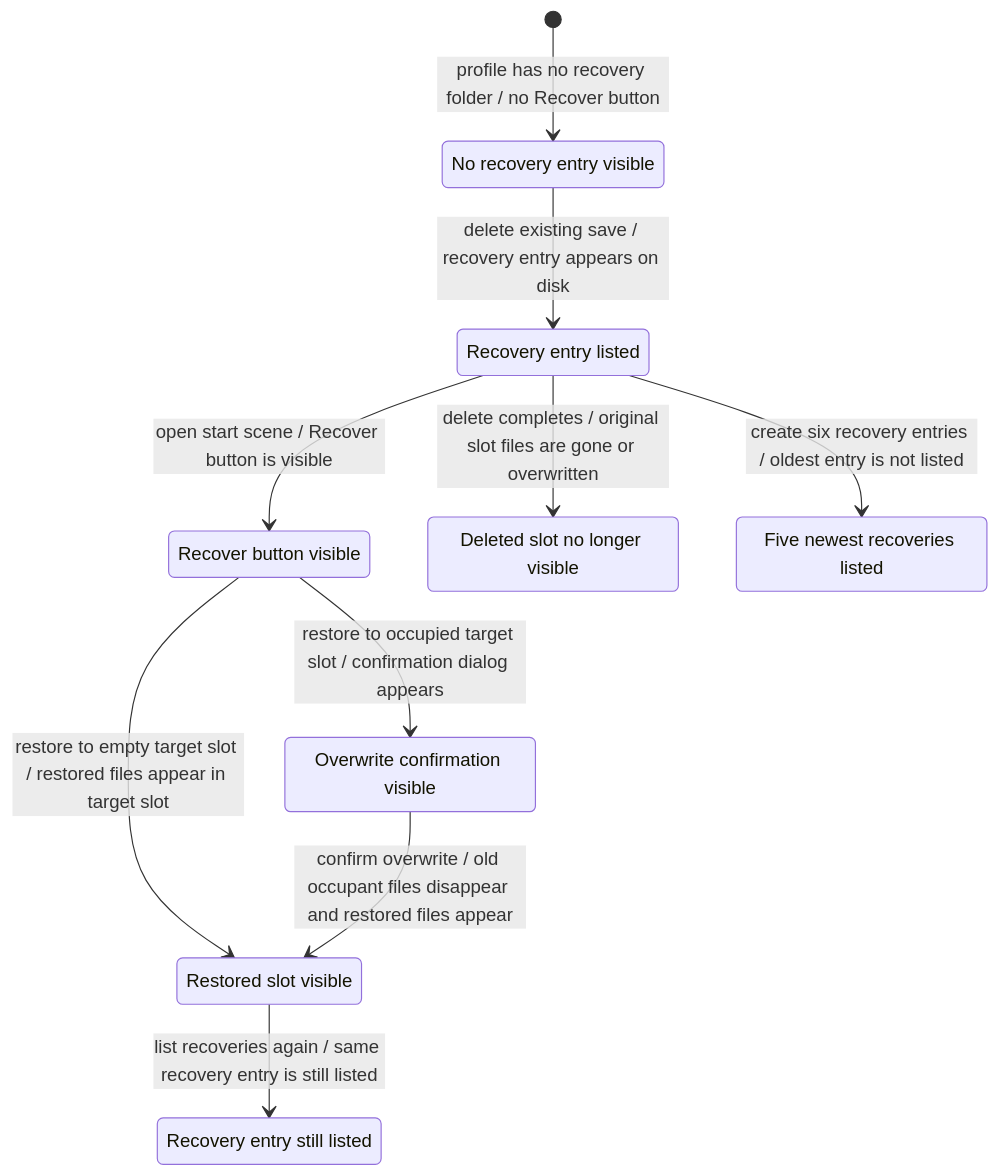
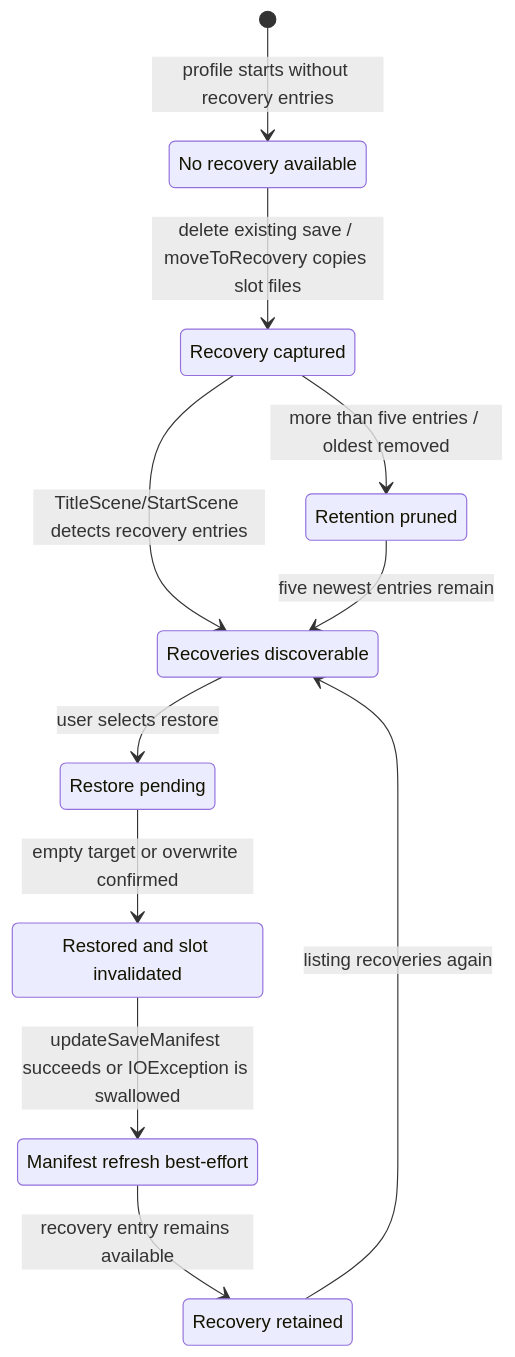
The ninth of 9 diagrams in FEATURE_COMPLEXITY_AND_TEST_REPORT.md (S-A-M-22/ELEC5618_LAB06_GROUP04_A3), drawn with Mermaid before and after one commit. The commit also changed other lines of this file, not shown here.

````diff
--- a/FEATURE_COMPLEXITY_AND_TEST_REPORT.md
+++ b/FEATURE_COMPLEXITY_AND_TEST_REPORT.md
@@ -518,21 +547,22 @@
 ```mermaid
 stateDiagram-v2
-    state "No recovery entry visible" as NoRecovery
-    state "Recover button visible" as RecoverButton
-    state "Recovery entry listed" as RecoveryListed
-    state "Deleted slot no longer visible" as DeletedSlot
-    state "Five newest recoveries listed" as FiveListed
-    state "Overwrite confirmation visible" as ConfirmOverwrite
-    state "Restored slot visible" as RestoredSlot
-    state "Recovery entry still listed" as EntryRetained
+    state "No recovery available" as None
+    state "Recovery captured" as Captured
+    state "Recoveries discoverable" as Discoverable
+    state "Retention pruned" as Pruned
+    state "Restore pending" as Pending
+    state "Restored and slot invalidated" as Restored
+    state "Manifest refresh best-effort" as ManifestRefresh
+    state "Recovery retained" as Retained
 
-    [*] --> NoRecovery: profile has no recovery folder / no Recover button
-    NoRecovery --> RecoveryListed: delete existing save / recovery entry appears on disk
-    RecoveryListed --> DeletedSlot: delete completes / original slot files are gone or overwritten
-    RecoveryListed --> RecoverButton: open start scene / Recover button is visible
-    RecoveryListed --> FiveListed: create six recovery entries / oldest entry is not listed
-    RecoverButton --> RestoredSlot: restore to empty target slot / restored files appear in target slot
-    RecoverButton --> ConfirmOverwrite: restore to occupied target slot / confirmation dialog appears
-    ConfirmOverwrite --> RestoredSlot: confirm overwrite / old occupant files disappear and restored files appear
-    RestoredSlot --> EntryRetained: list recoveries again / same recovery entry is still listed
+    [*] --> None: profile starts without recovery entries
+    None --> Captured: delete existing save / moveToRecovery copies slot files
+    Captured --> Discoverable: TitleScene/StartScene detects recovery entries
+    Captured --> Pruned: more than five entries / oldest removed
+    Pruned --> Discoverable: five newest entries remain
+    Discoverable --> Pending: user selects restore
+    Pending --> Restored: empty target or overwrite confirmed
+    Restored --> ManifestRefresh: updateSaveManifest succeeds or IOException is swallowed
+    ManifestRefresh --> Retained: recovery entry remains available
+    Retained --> Discoverable: listing recoveries again
 ```
````
